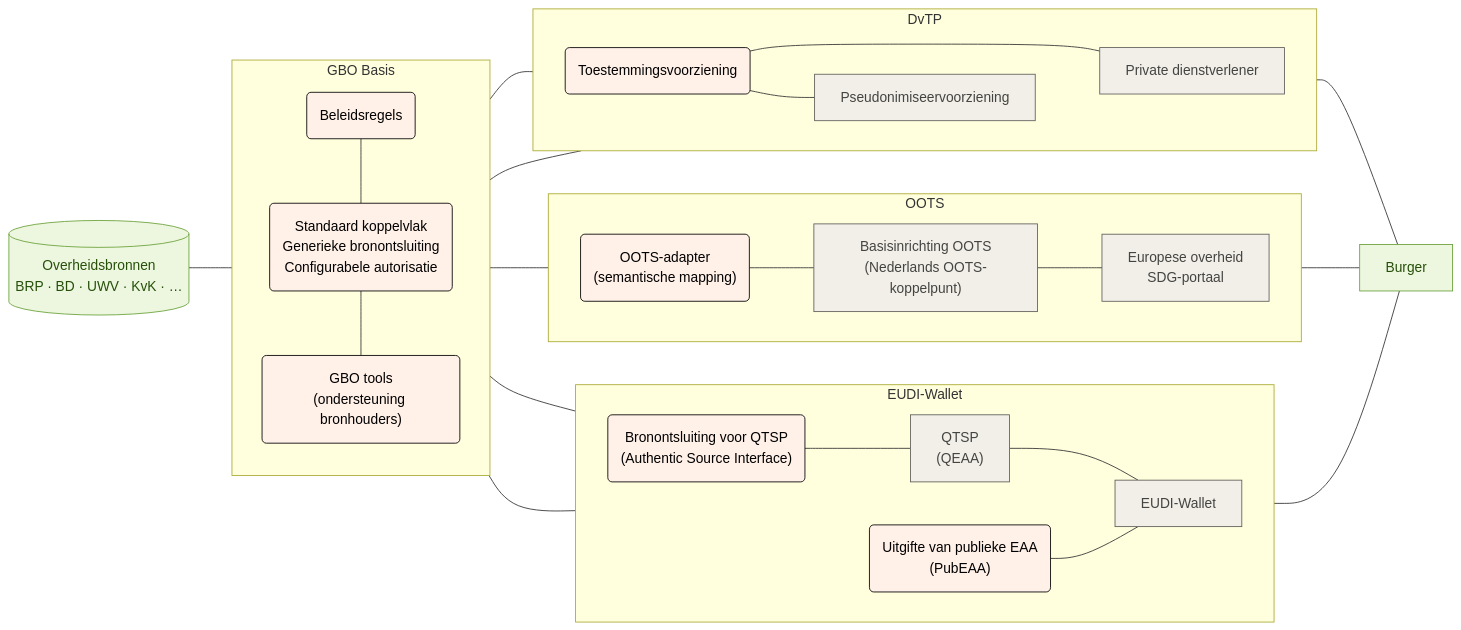
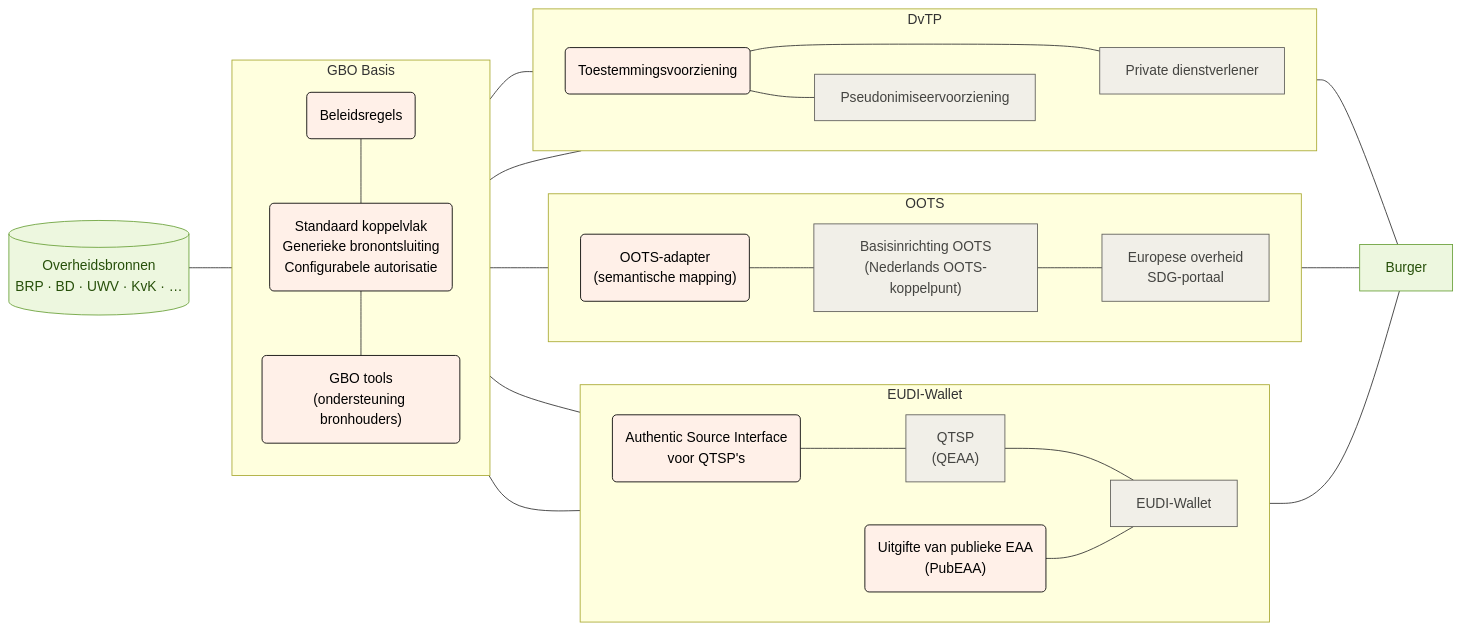
The diagram in pr-preview/pr-57/diagrammen/gbo_swimlanes_functioneel.mmd (ICTU/GBO-GO), drawn with Mermaid before and after one commit. The commit also changed 4 other files, not shown here.

```diff
--- a/pr-preview/pr-57/diagrammen/gbo_swimlanes_functioneel.mmd
+++ b/pr-preview/pr-57/diagrammen/gbo_swimlanes_functioneel.mmd
@@ -1,67 +1,67 @@
 flowchart LR
   subgraph gbo["GBO Basis"]
     direction TB
         fsc_pap("Beleidsregels")
         fsc("Standaard koppelvlak<br/>Generieke bronontsluiting<br/>Configurabele autorisatie")
         fsc_tools("GBO tools<br/>(ondersteuning bronhouders)")
   end
   subgraph eudi["EUDI-Wallet"]
     direction LR
-        eudi_asi("Bronontsluiting voor QTSP<br/>(Authentic Source Interface)")
+        eudi_asi("Authentic Source Interface<br/>voor QTSP's")
         eudi_pubeaa("Uitgifte van publieke EAA<br/>(PubEAA)")
         eudi_qeaa["QTSP<br/>(QEAA)"]
         eudi_wallet["EUDI-Wallet"]
   end
   subgraph oots["OOTS"]
     direction LR
         oots_adapter("OOTS-adapter<br/>(semantische mapping)")
         oots_basis["Basisinrichting OOTS<br/>(Nederlands OOTS-koppelpunt)"]
         oots_afnemer["Europese overheid<br/>SDG-portaal"]
   end
   subgraph dvtp["DvTP"]
     direction LR
         dvtp_toestemming("Toestemmingsvoorziening")
         dvtp_pseudoniem["Pseudonimiseervoorziening"]
         dvtp_afnemer["Private dienstverlener"]
   end
 
   fsc_pap --- fsc
   fsc --- fsc_tools
   bron[("Overheidsbronnen<br/>BRP · BD · UWV · KvK · …")] --- gbo
   eudi_asi --- eudi_qeaa
   eudi_qeaa --- eudi_wallet
   gbo --- eudi_asi & eudi_pubeaa & oots_adapter & dvtp_afnemer
   eudi_pubeaa --- eudi_wallet
   oots_adapter --- oots_basis
   oots_basis --- oots_afnemer
   gbo --- dvtp_toestemming
   dvtp_toestemming --- dvtp_afnemer
   dvtp_toestemming --- dvtp_pseudoniem
   dvtp_pseudoniem ~~~ dvtp_afnemer
   eudi_wallet --- burger["Burger"]
   oots_afnemer --- burger
   dvtp_afnemer --- burger
 
   fsc_pap:::gbo
   fsc:::gbo
   fsc_tools:::gbo
   eudi_asi:::gbo
   eudi_pubeaa:::gbo
   eudi_qeaa:::eudi
   eudi_wallet:::eudi
   oots_adapter:::gbo
   oots_basis:::oots
   oots_afnemer:::oots
   dvtp_toestemming:::gbo
   dvtp_pseudoniem:::dvtp
   dvtp_afnemer:::dvtp
   bron:::bron
   burger:::burger
 
   classDef bron fill:#edf7df,stroke:#6aa13a,color:#27500a
   classDef generiek fill:#f1efe8,stroke:#5f5e5a,color:#444441
   classDef eudi fill:#f1efe8,stroke:#5f5e5a,color:#444441
   classDef oots fill:#f1efe8,stroke:#5f5e5a,color:#444441
   classDef dvtp fill:#f1efe8,stroke:#5f5e5a,color:#444441
   classDef gbo fill:#fff0e8,stroke:#000000,color:#000000
   classDef burger fill:#edf7df,stroke:#6aa13a,color:#27500a
```
